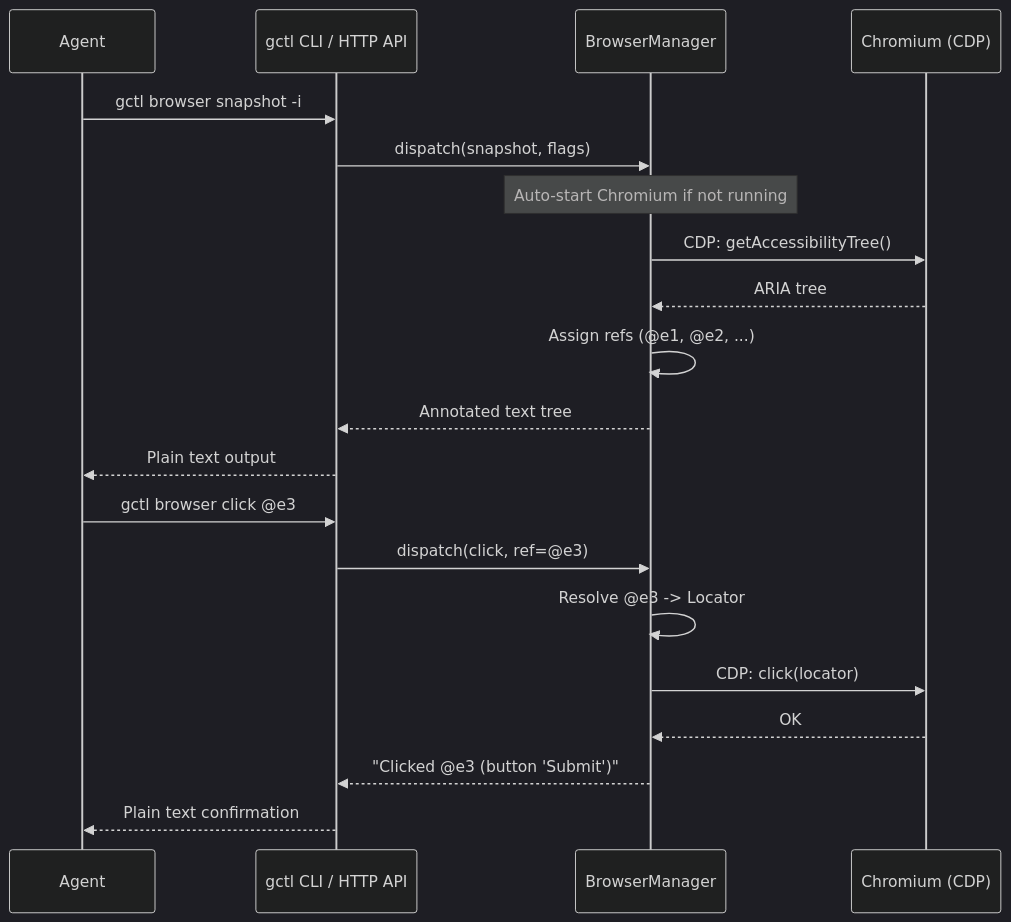
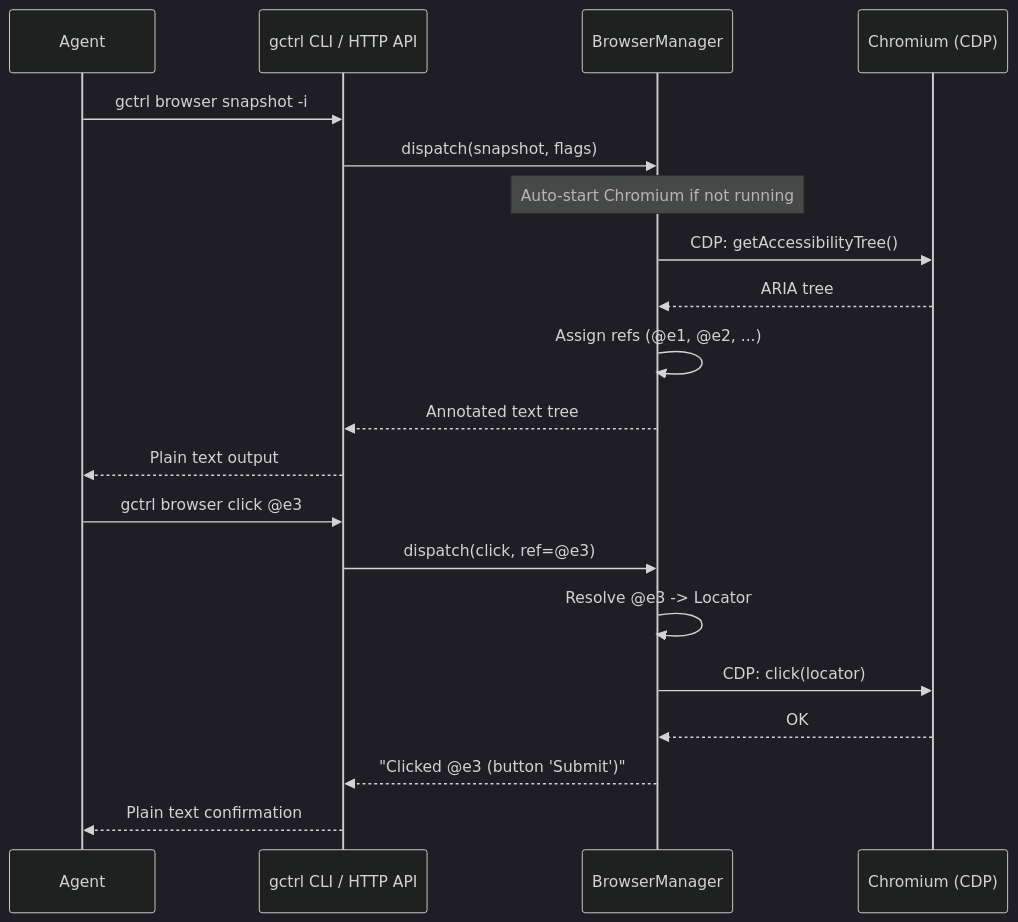
One commit to OpenHackersClub/gctrl changed the second of 3 diagrams in specs/architecture/kernel/browser.md. Above: the diagram before and after it, drawn with Mermaid (dark theme). The commit also changed other lines of this file and 360 other files, not shown here.

First line of the commit message:
refactor: rename brand gctl → gctrl across repo

````diff
--- a/specs/architecture/kernel/browser.md
+++ b/specs/architecture/kernel/browser.md
@@ -54,24 +54,24 @@
 ```mermaid
 sequenceDiagram
     participant Agent
-    participant CLI as gctl CLI / HTTP API
+    participant CLI as gctrl CLI / HTTP API
     participant BM as BrowserManager
     participant Chrome as Chromium (CDP)
 
-    Agent->>CLI: gctl browser snapshot -i
+    Agent->>CLI: gctrl browser snapshot -i
     CLI->>BM: dispatch(snapshot, flags)
     Note over BM: Auto-start Chromium if not running
     BM->>Chrome: CDP: getAccessibilityTree()
     Chrome-->>BM: ARIA tree
     BM->>BM: Assign refs (@e1, @e2, ...)
     BM-->>CLI: Annotated text tree
     CLI-->>Agent: Plain text output
 
-    Agent->>CLI: gctl browser click @e3
+    Agent->>CLI: gctrl browser click @e3
     CLI->>BM: dispatch(click, ref=@e3)
     BM->>BM: Resolve @e3 -> Locator
     BM->>Chrome: CDP: click(locator)
     Chrome-->>BM: OK
     BM-->>CLI: "Clicked @e3 (button 'Submit')"
     CLI-->>Agent: Plain text confirmation
 ```
````
